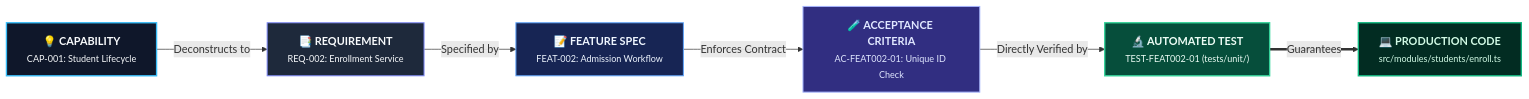
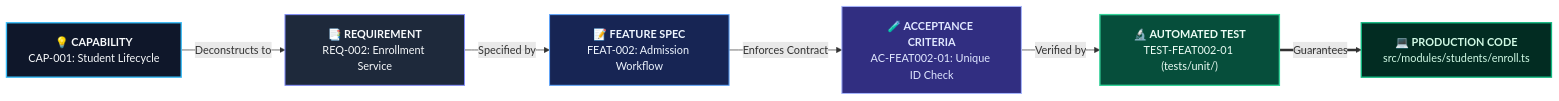
The second of 3 diagrams in SDD-Vibe-Framework/README.md (ChandanAY-24/Agentic-Development-ChandanAY), drawn with Mermaid before and after one commit. The commit also changed other lines of this file and 13 other files, not shown here.

Commit message:
docs: polish Mermaid diagrams across READMEs and guides

````diff
--- a/SDD-Vibe-Framework/README.md
+++ b/SDD-Vibe-Framework/README.md
@@ -99,15 +117,22 @@
 ```mermaid
+%%{init: {'flowchart': {'curve': 'basis', 'padding': 16, 'nodeSpacing': 28, 'rankSpacing': 40}}}%%
 flowchart LR
     classDef cap fill:#0f172a,stroke:#38bdf8,stroke-width:2px,color:#f8fafc;
     classDef req fill:#1e293b,stroke:#818cf8,stroke-width:1.5px,color:#f8fafc;
     classDef feat fill:#172554,stroke:#60a5fa,stroke-width:1.5px,color:#eff6ff;
     classDef ac fill:#312e81,stroke:#a5b4fc,stroke-width:1.5px,color:#e0e7ff;
     classDef test fill:#064e3b,stroke:#34d399,stroke-width:2px,color:#ecfdf5;
     classDef code fill:#022c22,stroke:#10b981,stroke-width:2px,color:#d1fae5;
 
-    CAP["<b>💡 CAPABILITY</b><br/><small>CAP-001: Student Lifecycle</small>"]:::cap -->|"Deconstructs to"| REQ["<b>📑 REQUIREMENT</b><br/><small>REQ-002: Enrollment Service</small>"]:::req
-    REQ -->|"Specified by"| FEAT["<b>📝 FEATURE SPEC</b><br/><small>FEAT-002: Admission Workflow</small>"]:::feat
-    FEAT -->|"Enforces Contract"| AC["<b>🧪 ACCEPTANCE CRITERIA</b><br/><small>AC-FEAT002-01: Unique ID Check</small>"]:::ac
-    AC -->|"Directly Verified by"| TEST["<b>🔬 AUTOMATED TEST</b><br/><small>TEST-FEAT002-01 (tests/unit/)</small>"]:::test
-    TEST ==>|"Guarantees"| CODE["<b>💻 PRODUCTION CODE</b><br/><small>src/modules/students/enroll.ts</small>"]:::code
+    CAP["`**💡 CAPABILITY**
+CAP-001: Student Lifecycle`"]:::cap -->|"Deconstructs to"| REQ["`**📑 REQUIREMENT**
+REQ-002: Enrollment Service`"]:::req
+    REQ -->|"Specified by"| FEAT["`**📝 FEATURE SPEC**
+FEAT-002: Admission Workflow`"]:::feat
+    FEAT -->|"Enforces Contract"| AC["`**🧪 ACCEPTANCE CRITERIA**
+AC-FEAT002-01: Unique ID Check`"]:::ac
+    AC -->|"Verified by"| TEST["`**🔬 AUTOMATED TEST**
+TEST-FEAT002-01 (tests/unit/)`"]:::test
+    TEST ==>|"Guarantees"| CODE["`**💻 PRODUCTION CODE**
+src/modules/students/enroll.ts`"]:::code
 ```
````
